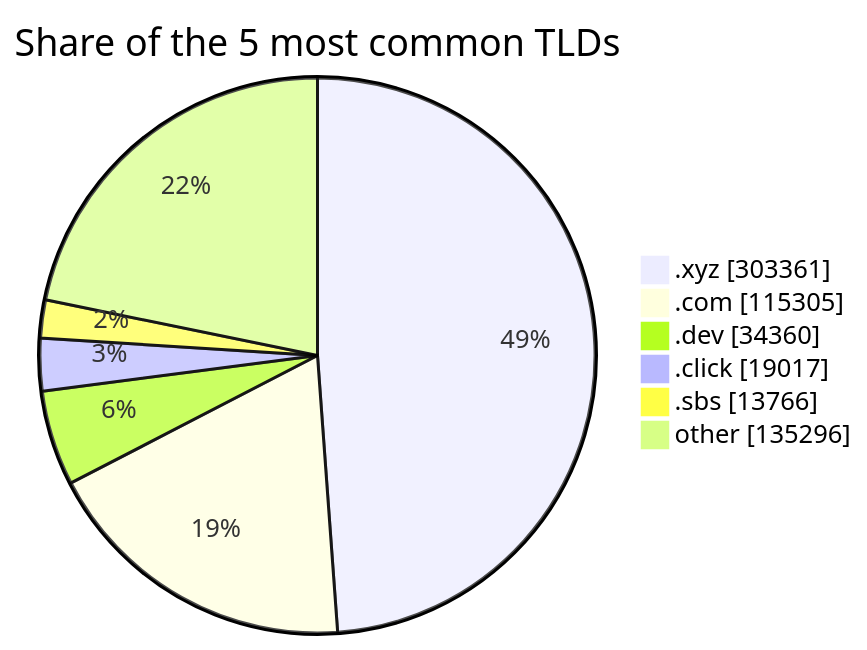
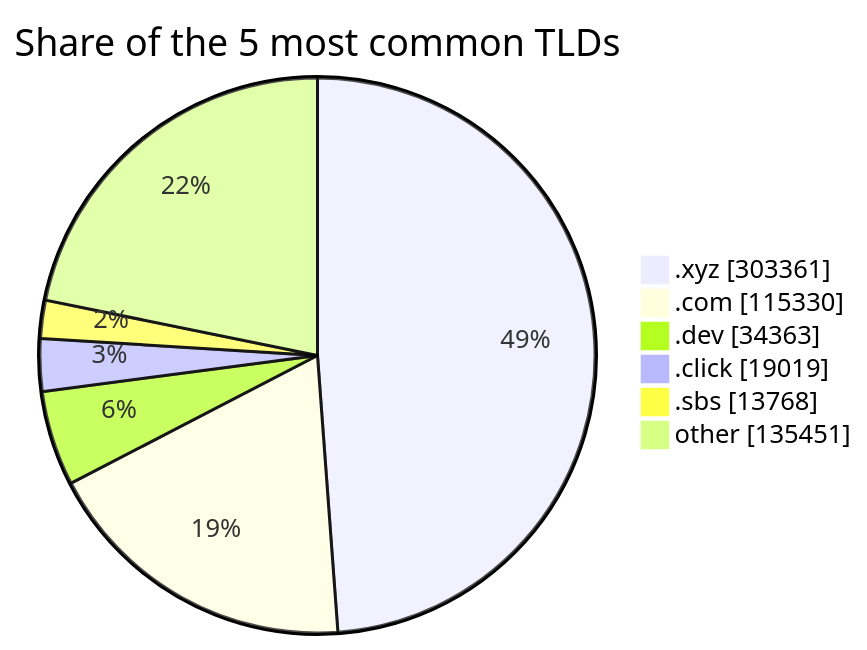
Before and after one commit to DNSBunker/CTI: the third of 3 diagrams in README.md, drawn with Mermaid. The commit also changed other lines of this file and 3 other files, not shown here.

````diff
--- a/README.md
+++ b/README.md
@@ -81,9 +81,9 @@
 ```mermaid
 pie showData title Share of the 5 most common TLDs
     ".xyz" : 303361
-    ".com" : 115305
-    ".dev" : 34360
-    ".click" : 19017
-    ".sbs" : 13766
-    "other" : 135296
+    ".com" : 115330
+    ".dev" : 34363
+    ".click" : 19019
+    ".sbs" : 13768
+    "other" : 135451
 ```
````
